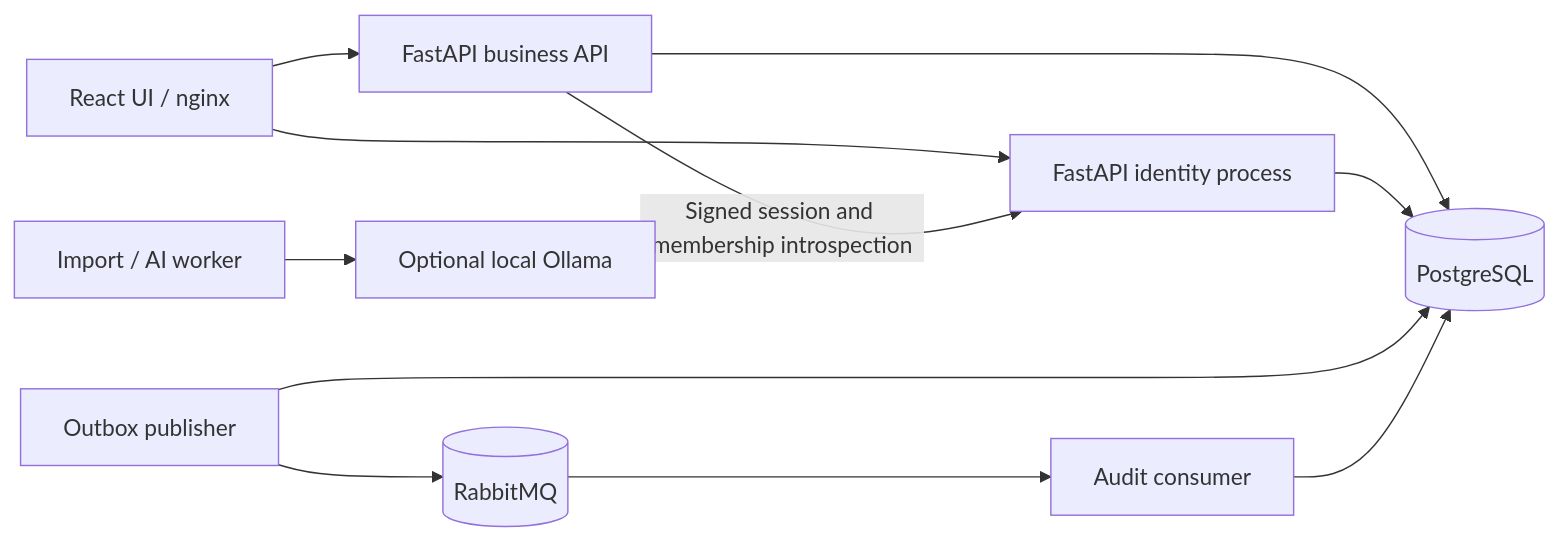
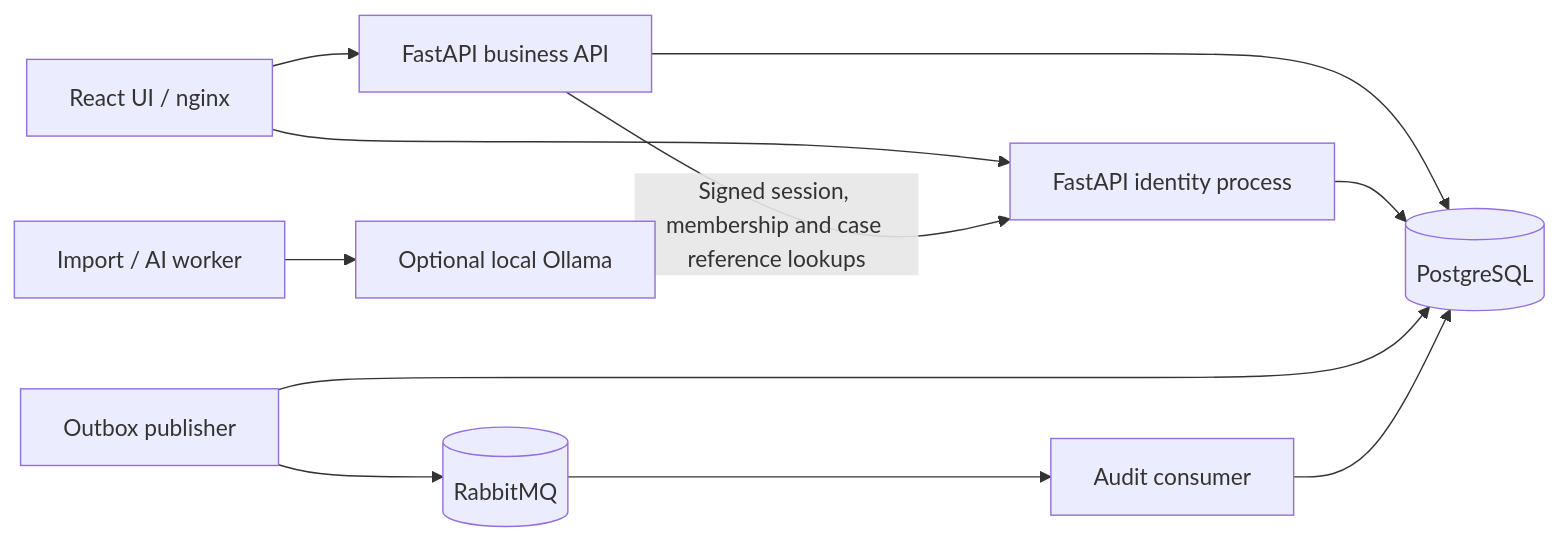
Before and after one commit to picolitios/processmind-ai: the first of 4 diagrams in docs/architecture/target-state.md, drawn with Mermaid. The commit also changed other lines of this file and 11 other files, not shown here.

````diff
--- a/docs/architecture/target-state.md
+++ b/docs/architecture/target-state.md
@@ -16,13 +16,13 @@
 ```mermaid
 flowchart LR
   UI[React UI / nginx] --> API[FastAPI business API]
   UI --> ID[FastAPI identity process]
-  API -->|Signed session and membership introspection| ID
+  API -->|Signed session, membership and case reference lookups| ID
   API --> PG[(PostgreSQL)]
   ID --> PG
   PUB[Outbox publisher] --> PG
   PUB --> MQ[(RabbitMQ)]
   MQ --> CON[Audit consumer]
   CON --> PG
   WORKER[Import / AI worker] --> OLL[Optional local Ollama]
 ```
````
